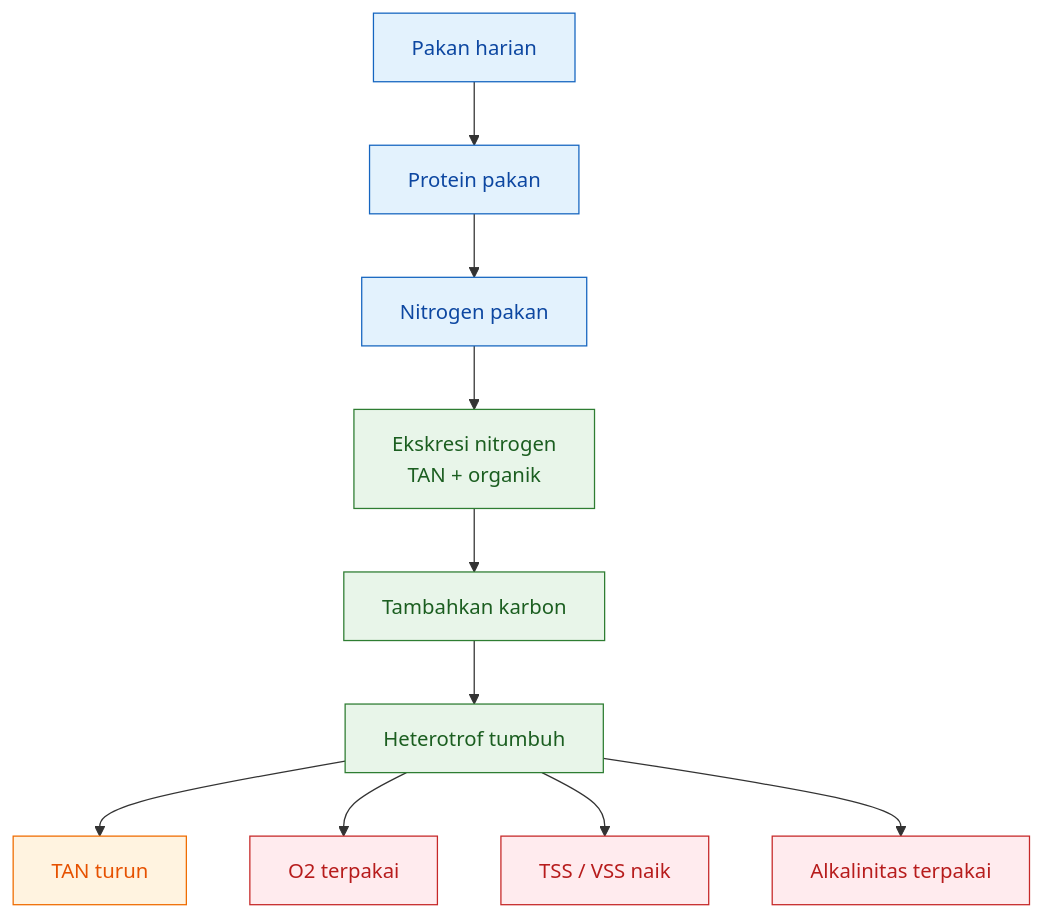
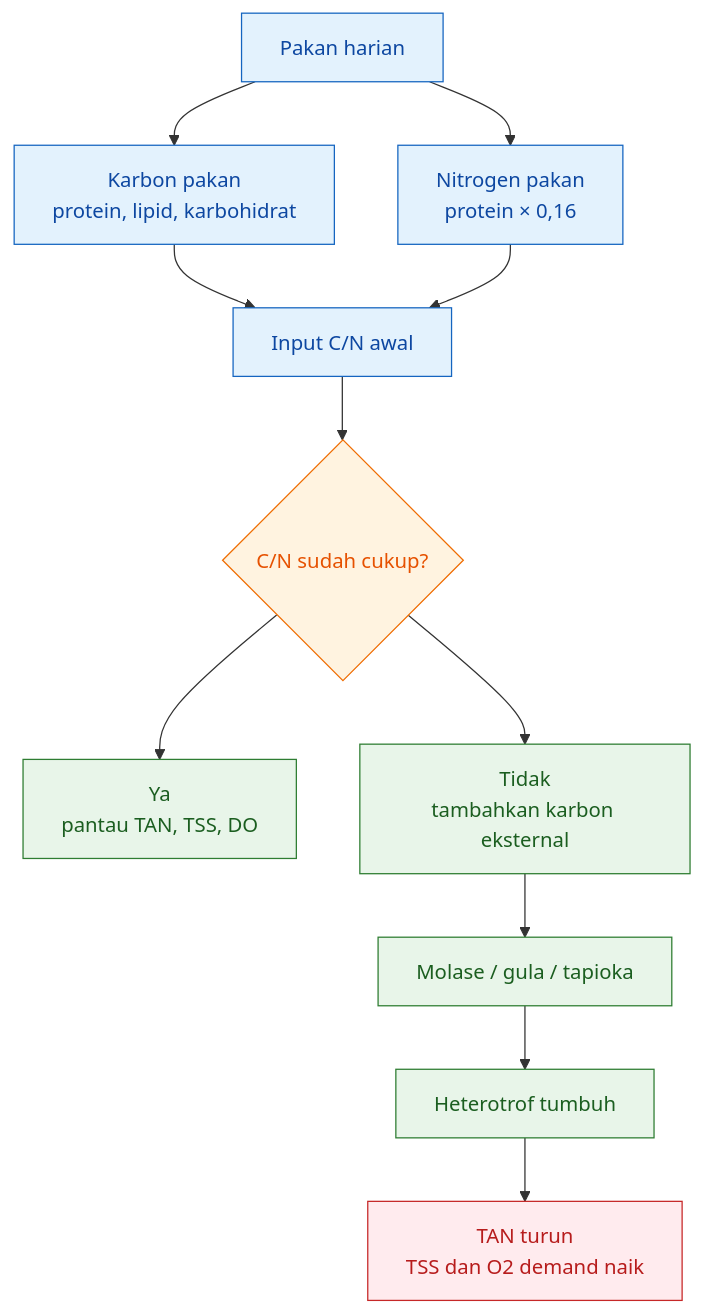
Before and after one commit to slametsampon/kawruhnology: the ninth of 39 diagrams in content/blog/agri/perikanan/bioflok-nila-berbasis-neraca-mikroba.mdx, drawn with Mermaid. The commit also changed other lines of this file, not shown here.

````diff
--- a/content/blog/agri/perikanan/bioflok-nila-berbasis-neraca-mikroba.mdx
+++ b/content/blog/agri/perikanan/bioflok-nila-berbasis-neraca-mikroba.mdx
@@ -1828,22 +1846,23 @@
 ```mermaid
 flowchart TD
-    A["Pakan harian"] --> B["Protein pakan"]
-    B --> C["Nitrogen pakan"]
-    C --> D["Ekskresi nitrogen<br/>TAN + organik"]
-    D --> E["Tambahkan karbon"]
-    E --> F["Heterotrof tumbuh"]
-    F --> G["TAN turun"]
-    F --> H["O2 terpakai"]
-    F --> I["TSS / VSS naik"]
-    F --> J["Alkalinitas terpakai"]
+    A["Pakan harian"] --> B["Karbon pakan<br/>protein, lipid, karbohidrat"]
+    A --> C["Nitrogen pakan<br/>protein × 0,16"]
+    B --> D["Input C/N awal"]
+    C --> D
+    D --> E{"C/N sudah cukup?"}
+    E --> F["Ya<br/>pantau TAN, TSS, DO"]
+    E --> G["Tidak<br/>tambahkan karbon eksternal"]
+    G --> H["Molase / gula / tapioka"]
+    H --> I["Heterotrof tumbuh"]
+    I --> J["TAN turun<br/>TSS dan O2 demand naik"]
 
     classDef input fill:#E3F2FD,stroke:#1565C0,color:#0D47A1,stroke-width:1px;
+    classDef decision fill:#FFF3E0,stroke:#EF6C00,color:#E65100,stroke-width:1px;
     classDef process fill:#E8F5E9,stroke:#2E7D32,color:#1B5E20,stroke-width:1px;
-    classDef result fill:#FFF3E0,stroke:#EF6C00,color:#E65100,stroke-width:1px;
     classDef risk fill:#FFEBEE,stroke:#C62828,color:#B71C1C,stroke-width:1px;
 
-    class A,B,C input;
-    class D,E,F process;
-    class G result;
-    class H,I,J risk;
+    class A,B,C,D input;
+    class E decision;
+    class F,G,H,I process;
+    class J risk;
 ```
````
